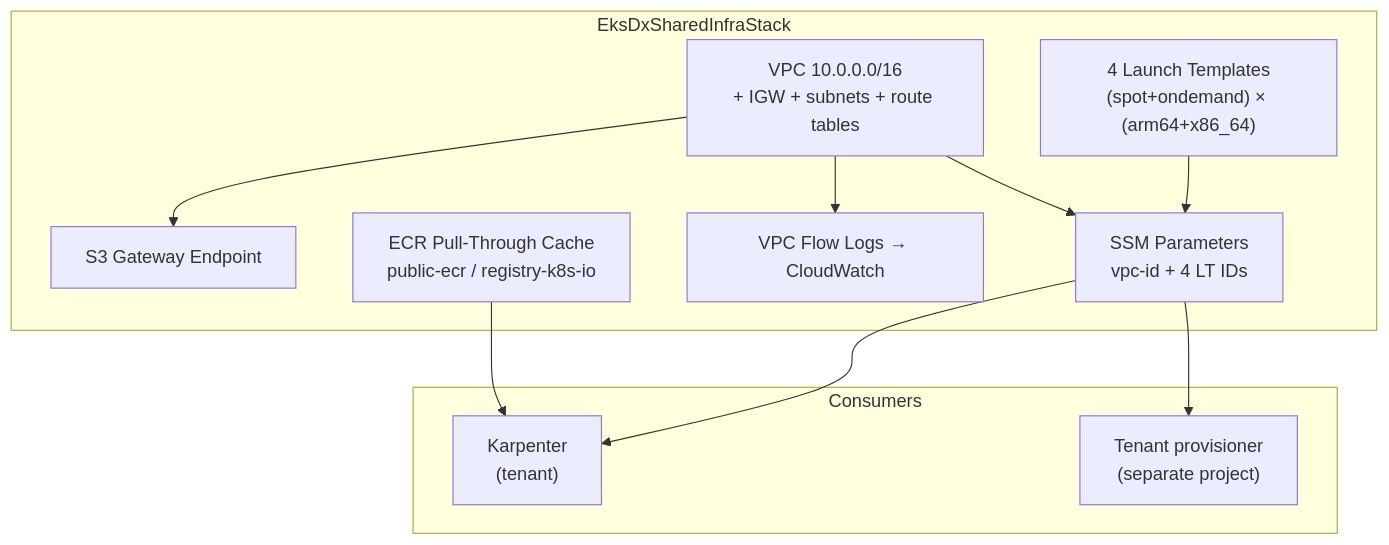
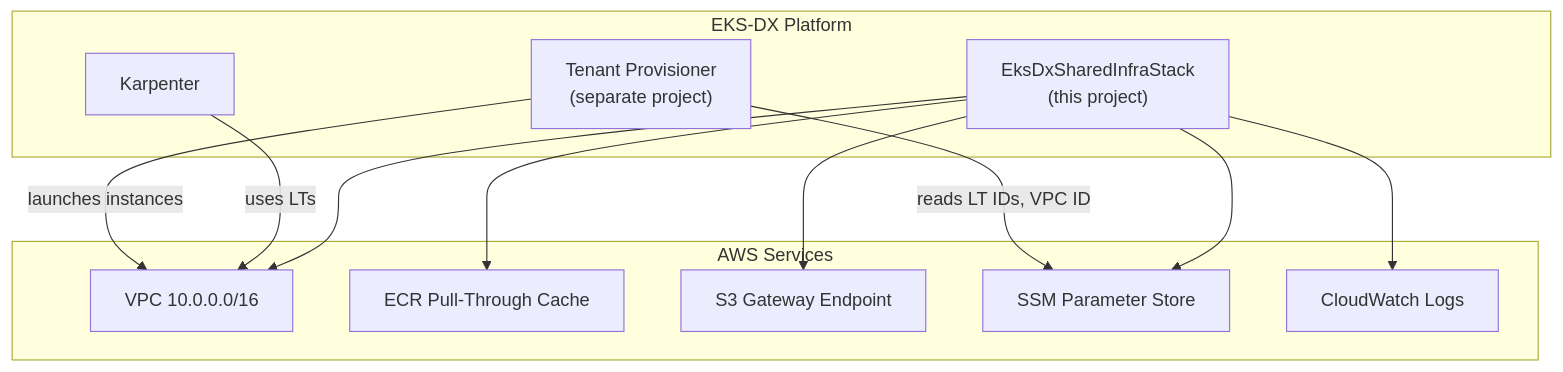
The first of 3 diagrams in .agents/summary/architecture.md (codriverlabs/express-compute-managed-k8s-infra), drawn with Mermaid before and after one commit. The commit also changed other lines of this file and 9 other files, not shown here.

````diff
--- a/.agents/summary/architecture.md
+++ b/.agents/summary/architecture.md
@@ -7,25 +5,26 @@
 ```mermaid
 graph TB
-    subgraph CDK["EksDxSharedInfraStack"]
-        VPC["VPC 10.0.0.0/16\n+ IGW + subnets + route tables"]
-        S3EP["S3 Gateway Endpoint"]
-        ECR["ECR Pull-Through Cache\npublic-ecr / registry-k8s-io"]
-        FL["VPC Flow Logs → CloudWatch"]
-        LT["4 Launch Templates\n(spot+ondemand) × (arm64+x86_64)"]
-        SSM["SSM Parameters\nvpc-id + 4 LT IDs"]
+    subgraph "EKS-DX Platform"
+        INFRA["EksDxSharedInfraStack<br/>(this project)"]
+        TENANT["Tenant Provisioner<br/>(separate project)"]
+        KARPENTER["Karpenter"]
     end
 
-    VPC --> S3EP
-    VPC --> FL
-    VPC --> SSM
-    LT --> SSM
-
-    subgraph Consumers
-        Karpenter["Karpenter\n(tenant)"]
-        Lambda["Tenant provisioner\n(separate project)"]
+    subgraph "AWS Services"
+        VPC["VPC 10.0.0.0/16"]
+        ECR["ECR Pull-Through Cache"]
+        S3EP["S3 Gateway Endpoint"]
+        SSM["SSM Parameter Store"]
+        CW["CloudWatch Logs"]
     end
 
-    SSM --> Karpenter
-    SSM --> Lambda
-    ECR --> Karpenter
+    INFRA --> VPC
+    INFRA --> ECR
+    INFRA --> S3EP
+    INFRA --> SSM
+    INFRA --> CW
+
+    TENANT -->|reads LT IDs, VPC ID| SSM
+    KARPENTER -->|uses LTs| VPC
+    TENANT -->|launches instances| VPC
 ```
````
